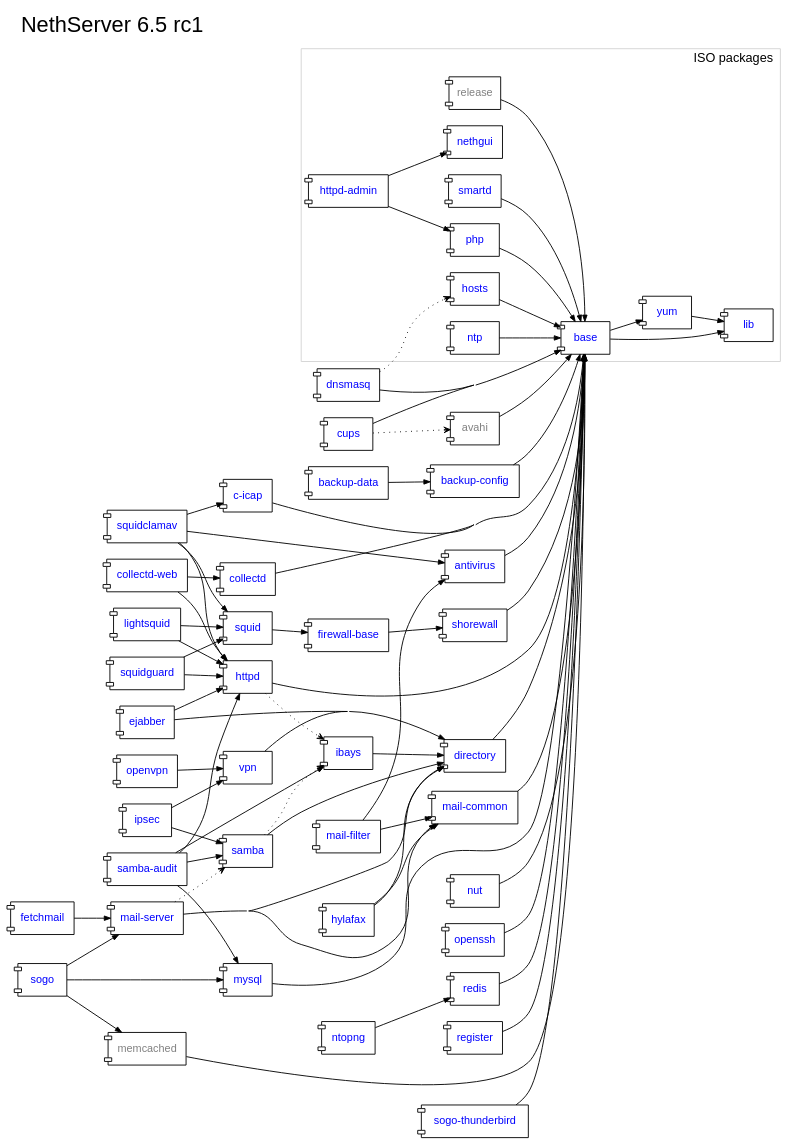
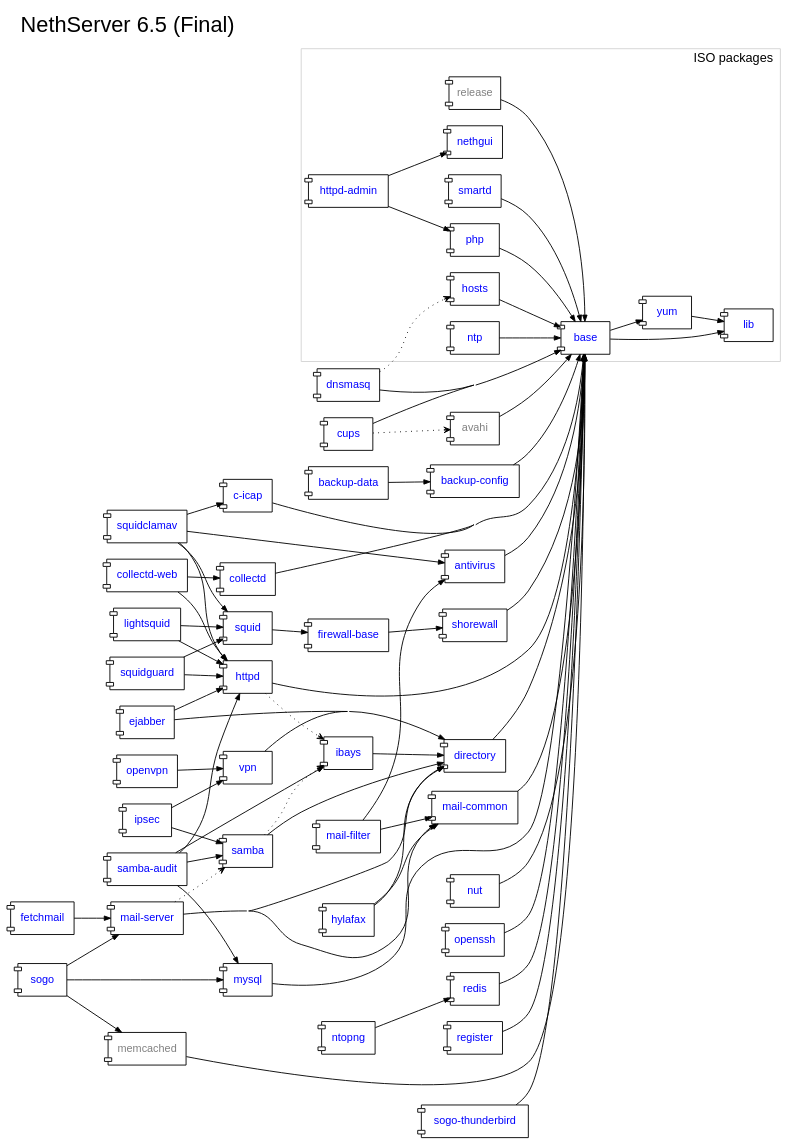
The diagram in nethserver/package-dependencies.dot (nethesis/dev-nethesis-it), drawn with Graphviz before and after one commit. The commit also changed 1 other file, not shown here.

Commit message:
Release 6.5 (Final)

```diff
--- a/nethserver/package-dependencies.dot
+++ b/nethserver/package-dependencies.dot
@@ -1,147 +1,147 @@
-digraph "v6.5-rc1" {
+digraph "v6.5-Final" {
 	rankdir = "LR";
 	compound = true;
 	concentrate = true;
-	label="NethServer 6.5 rc1";
+	label="NethServer 6.5 (Final)";
 	fontsize = 24.0
 	labelloc = "t";
 	labeljust = "l";
 	fontname="sans-serif";
 	
 
 	node [shape="component",fontname="sans-serif",fontcolor=blue,fontsize=12.0];
 	edge [arrowsize=0.7];
 
 	subgraph {
 		antivirus [URL="http://dev.nethserver.org/projects/nethserver/wiki/nethserver-antivirus"];
 		avahi [fontcolor=gray];
 		backup_config [label="backup-config",URL="http://dev.nethserver.org/projects/nethserver/wiki/nethserver-backup"];
 		backup_data [label="backup-data",URL="http://dev.nethserver.org/projects/nethserver/wiki/nethserver-backup"];   
 		c_icap [label="c-icap",URL="http://dev.nethserver.org/projects/nethserver/wiki/nethserver-c-icap"];
 		collectd [URL="http://dev.nethserver.org/projects/nethserver/wiki/nethserver-collectd"];
 		collectd_web [label="collectd-web",URL="http://dev.nethserver.org/projects/nethserver/wiki/nethserver-collectd-web"];
 		cups [URL="http://dev.nethserver.org/projects/nethserver-cups/wiki/nethserver-cups"];
 		directory [URL="http://dev.nethserver.org/projects/nethserver/wiki/nethserver-directory"];
 		dnsmasq [URL="http://dev.nethserver.org/projects/nethserver/wiki/nethserver-dnsmasq"];
 		ejabber [URL="http://dev.nethserver.org/projects/nethserver-ejabberd/wiki/nethserver-ejabberd"];
 		fetchmail [URL="http://dev.nethserver.org/projects/nethserver-fetchmail/wiki/nethserver-fetchmail"];
 		firewall_base [label="firewall-base",URL="http://dev.nethserver.org/projects/nethserver-ejabberd/wiki/nethserver-firewall-base"];
 		httpd [URL="http://dev.nethserver.org/projects/nethserver/wiki/nethserver-httpd"];
 		hylafax [URL="http://dev.nethserver.org/projects/nethserver-hylafax/wiki/nethserver-hylafax"];
 		ibays [URL="http://dev.nethserver.org/projects/nethserver/wiki/nethserver-ibays"];
 		ipsec [URL="http://dev.nethserver.org/projects/nethserver/wiki/nethserver-ipsec"];    
 		lightsquid [URL="http://dev.nethserver.org/projects/nethserver/wiki/nethserver-lightsquid"];
 		mail_common [label="mail-common",URL="http://dev.nethserver.org/projects/nethserver/wiki/nethserver-mail-common"];
 		mail_filter [label="mail-filter",URL="http://dev.nethserver.org/projects/nethserver/wiki/nethserver-mail-filter"];
 		mail_server [label="mail-server",URL="http://dev.nethserver.org/projects/nethserver/wiki/nethserver-mail-server"];
 		memcached [fontcolor=gray];
 		mysql [URL="http://dev.nethserver.org/projects/nethserver/wiki/nethserver-mysql"];
 		ntopng [URL="http://dev.nethserver.org/projects/nethserver/wiki/nethserver-ntopng"];
 		nut [URL="http://dev.nethserver.org/projects/nethserver/wiki/nethserver-nut"];
 		openssh [URL="http://dev.nethserver.org/projects/nethserver/wiki/nethserver-openssh"];
 		openvpn [URL="http://dev.nethserver.org/projects/nethserver/wiki/nethserver-openvpn"];
 		redis [URL="http://dev.nethserver.org/projects/nethserver/wiki/nethserver-redis"];
 		register [URL="http://dev.nethserver.org/projects/nethserver/wiki/nethserver-register"];
 		samba [URL="http://dev.nethserver.org/projects/nethserver/wiki/nethserver-samba"];
 		samba_audit [label="samba-audit",URL="http://dev.nethserver.org/projects/nethserver/wiki/nethserver-samba-audit"];
 		shorewall [URL="https://dev.nethserver.org/projects/nethserver/wiki/nethserver-shorewall"];        
 		sogo [URL="https://dev.nethserver.org/projects/nethserver/wiki/nethserver-sogo"];
 		sogo_thunderbird [label="sogo-thunderbird",URL="https://dev.nethserver.org/projects/nethserver/wiki/nethserver-sogo-thunderbird"];
 		squid [URL="https://dev.nethserver.org/projects/nethserver/wiki/nethserver-squid"];
 		squidclamav [URL="https://dev.nethserver.org/projects/nethserver/wiki/nethserver-squidclamav"];
 		squidguard [URL="https://dev.nethserver.org/projects/nethserver/wiki/nethserver-squidguard"];
 		vpn [URL="http://dev.nethserver.org/projects/nethserver/wiki/nethserver-vpn"];
 		
 		subgraph cluster_iso {
 			label="ISO packages"
 			color=lightgray
 			labelloc = "t";
 			labeljust = "r";
 			fontsize = 14.0
 			base [URL="http://dev.nethserver.org/projects/nethserver/wiki/nethserver-base"];
 
 			hosts [URL="http://dev.nethserver.org/projects/nethserver/wiki/nethserver-hosts"];			
 			httpd_admin [label="httpd-admin",URL="http://dev.nethserver.org/projects/nethserver/wiki/nethserver-httpd-admin"];
 			lib [URL="http://dev.nethserver.org/projects/nethserver/wiki/nethserver-lib"];
 			nethgui [URL="http://dev.nethserver.org/projects/nethgui"];
 			ntp [URL="http://dev.nethserver.org/projects/nethserver/wiki/nethserver-ntp"];
 			php [URL="http://dev.nethserver.org/projects/nethserver/wiki/nethserver-php"];			
 			release [fontcolor=gray];
 			smartd [URL="https://dev.nethserver.org/projects/nethserver/wiki/nethserver-smartd"];
 			yum [URL="http://dev.nethserver.org/projects/nethserver/wiki/nethserver-yum"];
 		}
 	}
 
 	
 	antivirus -> base
 	avahi -> base
 	backup_config -> base
 	backup_data -> backup_config
 	base -> lib
 	base -> yum
 	yum -> lib
 	c_icap -> base
 	collectd -> base
 	collectd_web -> collectd
 	collectd_web -> httpd
 	cups -> base
 	directory -> base
 	dnsmasq -> base
 	ejabber -> directory
 	ejabber -> httpd
 	fetchmail -> mail_server
 	firewall_base -> shorewall
 	hosts -> base
 	httpd -> base
 	httpd_admin -> nethgui
 	httpd_admin -> php
 	hylafax -> directory
 	hylafax -> mail_common
 	ibays -> directory
 	ipsec -> vpn
 	ipsec -> samba
 	lightsquid -> httpd
 	lightsquid -> squid
 	mail_common -> base
 	mail_filter -> antivirus
 	mail_filter -> mail_common
 	mail_server -> directory
 	mail_server -> mail_common
 	memcached -> base
 	mysql -> base
 	ntopng -> redis
 	ntp -> base
 	nut -> base
 	openssh -> base
 	openvpn -> vpn
 	php -> base
 	redis -> base
 	register -> base
 	release -> base
 	samba -> directory
 	samba_audit -> httpd
 	samba_audit -> ibays
 	samba_audit -> mysql
 	samba_audit -> samba
 	shorewall -> base
 	smartd -> base
 	sogo -> mail_server
 	sogo -> memcached
 	sogo -> mysql
 	sogo_thunderbird -> base
 	squid -> firewall_base
 	squidclamav -> antivirus
 	squidclamav -> c_icap
 	squidclamav -> httpd
 	squidclamav -> squid
 	squidguard -> httpd
 	squidguard -> squid
 	vpn -> directory
 
 	cups -> avahi [style=dotted,arrowhead=vee];
 	dnsmasq -> hosts [style=dotted,arrowhead=vee];
 	httpd -> ibays [style=dotted,arrowhead=vee];
 	mail_server -> samba [style=dotted,arrowhead=vee];    
 	samba -> ibays [style=dotted,arrowhead=vee];
 	
 }
```
